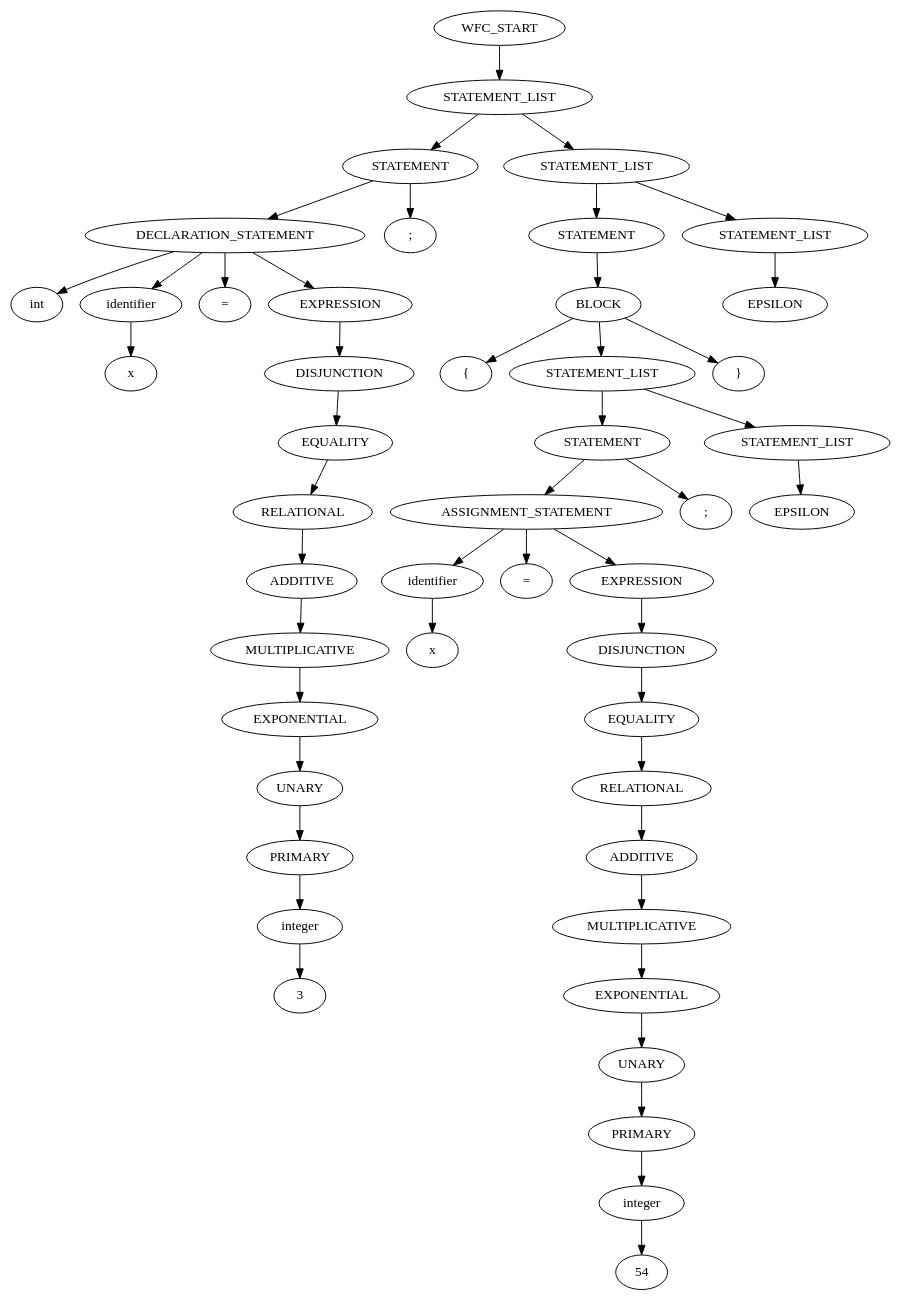
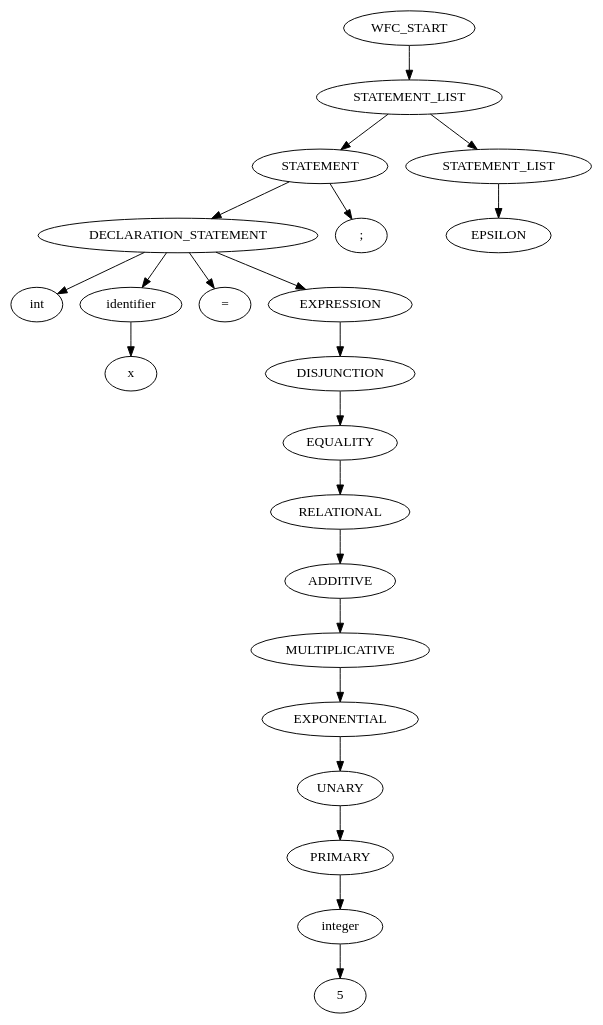
The diagram in Domain-Template/Target/1/test.dot (MeatballSub/TL_System), drawn with Graphviz before and after one commit. The commit also changed 5 other files, not shown here.

```diff
--- a/Domain-Template/Target/1/test.dot
+++ b/Domain-Template/Target/1/test.dot
@@ -1,97 +1,47 @@
 
 digraph "test"
 {
 struct1 [label="WFC_START"]
 struct2 [label="STATEMENT_LIST"]
 struct3 [label="STATEMENT"]
 struct4 [label="DECLARATION_STATEMENT"]
 struct5 [label="int"]
 struct4->struct5
 struct6 [label="identifier"]
 struct7 [label="x"]
 struct6->struct7
 struct4->struct6
 struct8 [label="="]
 struct4->struct8
 struct9 [label="EXPRESSION"]
 struct10 [label="DISJUNCTION"]
 struct11 [label="EQUALITY"]
 struct12 [label="RELATIONAL"]
 struct13 [label="ADDITIVE"]
 struct14 [label="MULTIPLICATIVE"]
 struct15 [label="EXPONENTIAL"]
 struct16 [label="UNARY"]
 struct17 [label="PRIMARY"]
 struct18 [label="integer"]
-struct19 [label="3"]
+struct19 [label="5"]
 struct18->struct19
 struct17->struct18
 struct16->struct17
 struct15->struct16
 struct14->struct15
 struct13->struct14
 struct12->struct13
 struct11->struct12
 struct10->struct11
 struct9->struct10
 struct4->struct9
 struct3->struct4
 struct20 [label=";"]
 struct3->struct20
 struct2->struct3
 struct21 [label="STATEMENT_LIST"]
-struct22 [label="STATEMENT"]
-struct23 [label="BLOCK"]
-struct24 [label="{"]
-struct23->struct24
-struct25 [label="STATEMENT_LIST"]
-struct26 [label="STATEMENT"]
-struct27 [label="ASSIGNMENT_STATEMENT"]
-struct28 [label="identifier"]
-struct29 [label="x"]
-struct28->struct29
-struct27->struct28
-struct30 [label="="]
-struct27->struct30
-struct31 [label="EXPRESSION"]
-struct32 [label="DISJUNCTION"]
-struct33 [label="EQUALITY"]
-struct34 [label="RELATIONAL"]
-struct35 [label="ADDITIVE"]
-struct36 [label="MULTIPLICATIVE"]
-struct37 [label="EXPONENTIAL"]
-struct38 [label="UNARY"]
-struct39 [label="PRIMARY"]
-struct40 [label="integer"]
-struct41 [label="54"]
-struct40->struct41
-struct39->struct40
-struct38->struct39
-struct37->struct38
-struct36->struct37
-struct35->struct36
-struct34->struct35
-struct33->struct34
-struct32->struct33
-struct31->struct32
-struct27->struct31
-struct26->struct27
-struct42 [label=";"]
-struct26->struct42
-struct25->struct26
-struct43 [label="STATEMENT_LIST"]
-struct44 [label="EPSILON"]
-struct43->struct44
-struct25->struct43
-struct23->struct25
-struct45 [label="}"]
-struct23->struct45
-struct22->struct23
+struct22 [label="EPSILON"]
 struct21->struct22
-struct46 [label="STATEMENT_LIST"]
-struct47 [label="EPSILON"]
-struct46->struct47
-struct21->struct46
 struct2->struct21
 struct1->struct2
 }
```
